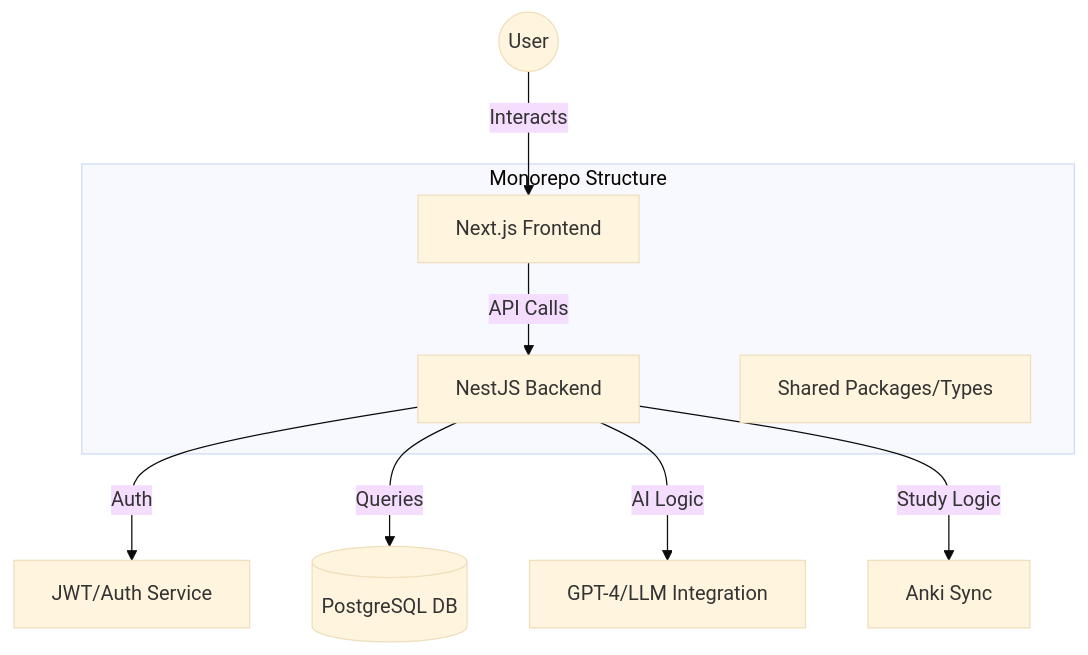
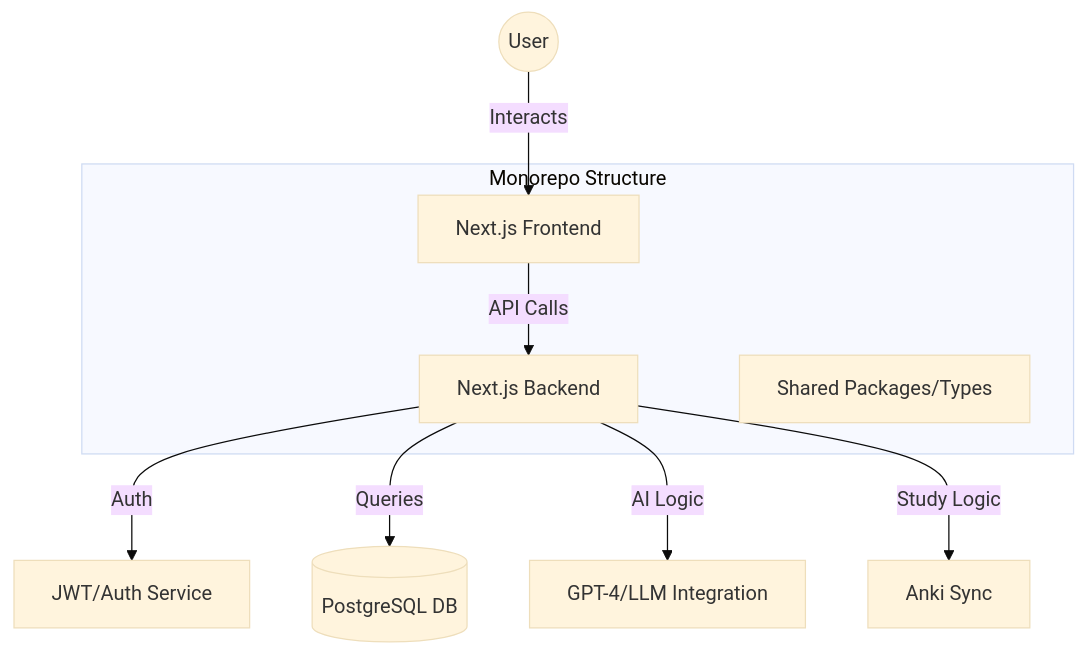
The diagram in README.md (profalexandretolentino/LangForge), drawn with Mermaid (base theme) before and after one commit. The commit also changed other lines of this file, not shown here.

````diff
--- a/README.md
+++ b/README.md
@@ -19,17 +27,15 @@
 ```mermaid
 graph TD
     User((User)) -->|Interacts| NextJS[Next.js Frontend]
-    NextJS -->|API Calls| NestJS[NestJS Backend]
+    NextJS -->|API Calls| NestJS[Next.js Backend]
     NestJS -->|Auth| JWT[JWT/Auth Service]
     NestJS -->|Queries| Postgres[(PostgreSQL DB)]
     NestJS -->|AI Logic| OpenAI[GPT-4/LLM Integration]
     NestJS -->|Study Logic| Services[Anki Sync]
-    
-    
     
     subgraph "Monorepo Structure"
     NextJS
     NestJS
     Shared[Shared Packages/Types]
     end
 ```
````
